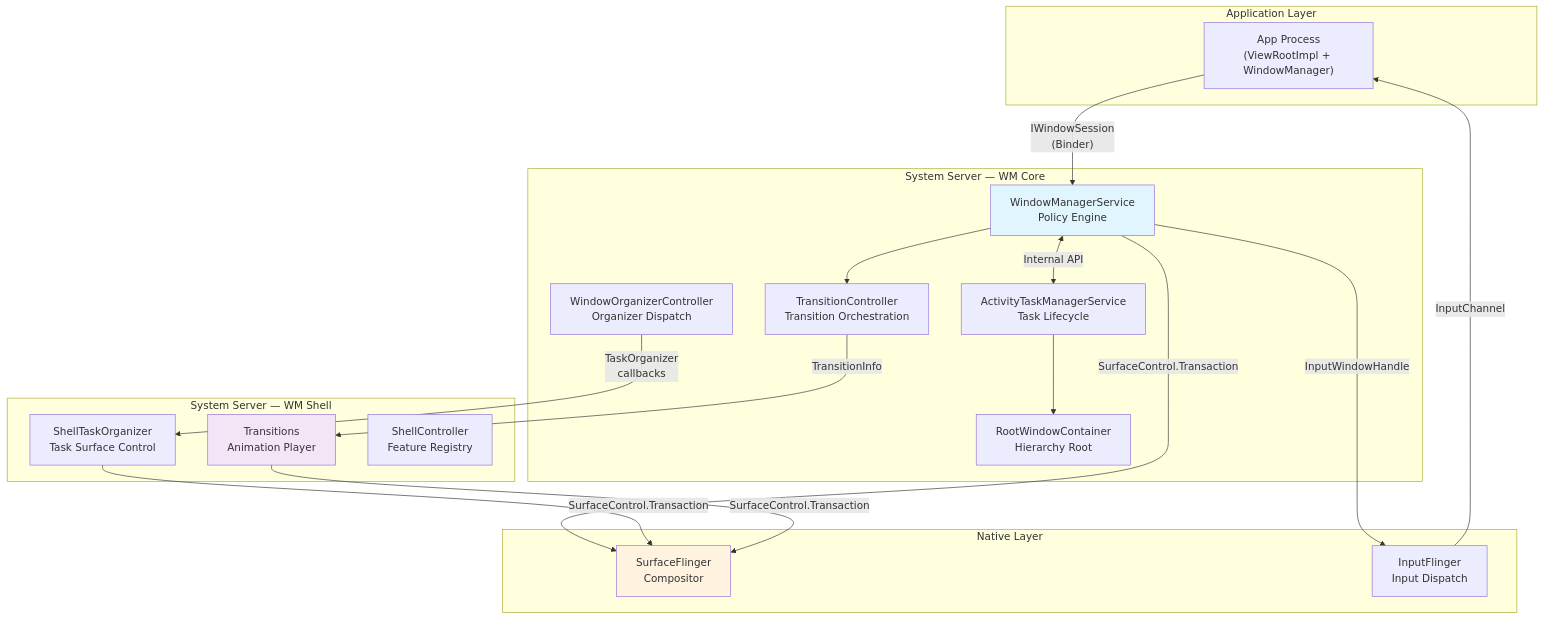
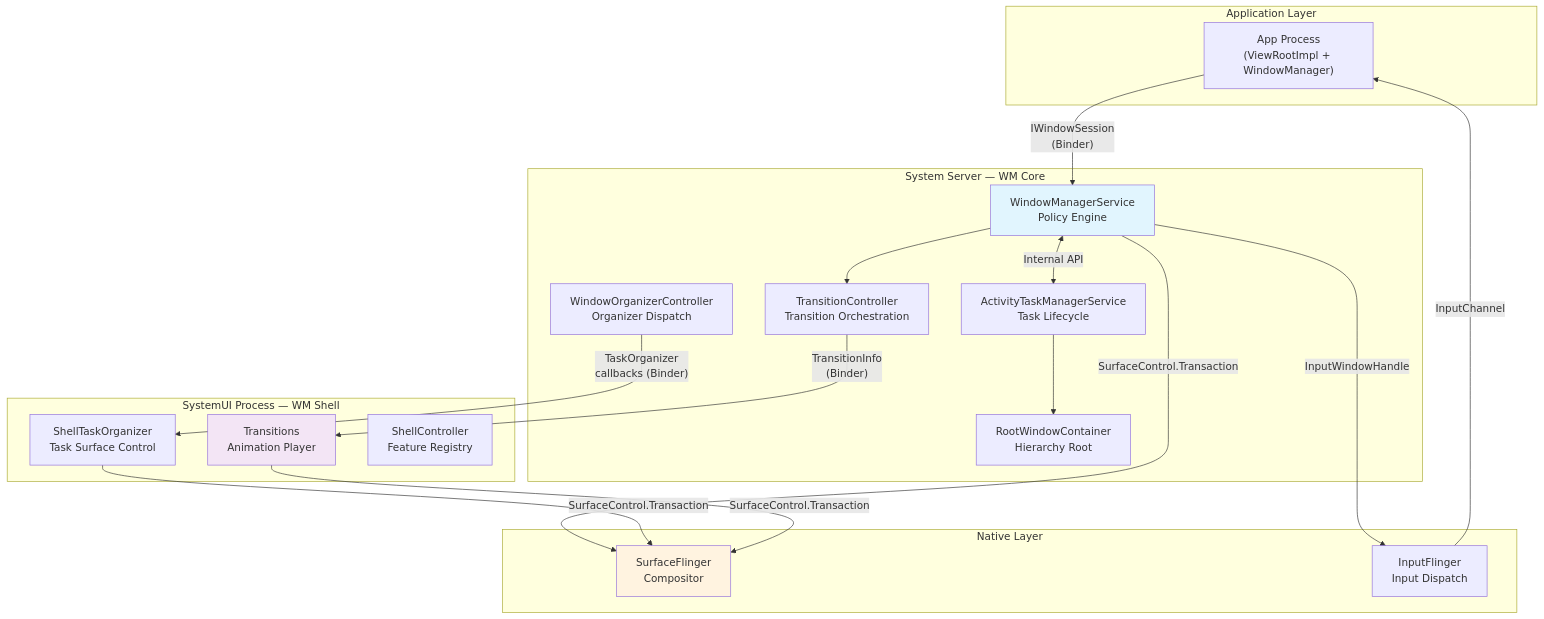
The first of 33 diagrams in agents/claude/skills/aosp-framework-core/23-window-system.md (aospbooks/aosp-internal-book), drawn with Mermaid before and after one commit. The commit also changed other lines of this file and 218 other files, not shown here.

````diff
--- a/agents/claude/skills/aosp-framework-core/23-window-system.md
+++ b/agents/claude/skills/aosp-framework-core/23-window-system.md
@@ -15,43 +15,43 @@
 ```mermaid
 graph TB
     subgraph "Application Layer"
         APP["App Process<br/>(ViewRootImpl + WindowManager)"]
     end
 
     subgraph "System Server — WM Core"
         WMS["WindowManagerService<br/>Policy Engine"]
         ATMS["ActivityTaskManagerService<br/>Task Lifecycle"]
         RWC["RootWindowContainer<br/>Hierarchy Root"]
         TC["TransitionController<br/>Transition Orchestration"]
         WOC["WindowOrganizerController<br/>Organizer Dispatch"]
     end
 
-    subgraph "System Server — WM Shell"
+    subgraph "SystemUI Process — WM Shell"
         STO["ShellTaskOrganizer<br/>Task Surface Control"]
         TR["Transitions<br/>Animation Player"]
         SC["ShellController<br/>Feature Registry"]
     end
 
     subgraph "Native Layer"
         SF["SurfaceFlinger<br/>Compositor"]
         IF["InputFlinger<br/>Input Dispatch"]
     end
 
     APP -->|"IWindowSession<br/>(Binder)"| WMS
     WMS <-->|"Internal API"| ATMS
     ATMS --> RWC
     WMS --> TC
-    TC -->|"TransitionInfo"| TR
-    WOC -->|"TaskOrganizer<br/>callbacks"| STO
+    TC -->|"TransitionInfo<br/>(Binder)"| TR
+    WOC -->|"TaskOrganizer<br/>callbacks (Binder)"| STO
 
     WMS -->|"SurfaceControl.Transaction"| SF
     STO -->|"SurfaceControl.Transaction"| SF
     TR -->|"SurfaceControl.Transaction"| SF
 
     WMS -->|"InputWindowHandle"| IF
     IF -->|"InputChannel"| APP
 
     style WMS fill:#e1f5fe
     style TR fill:#f3e5f5
     style SF fill:#fff3e0
 ```
````
